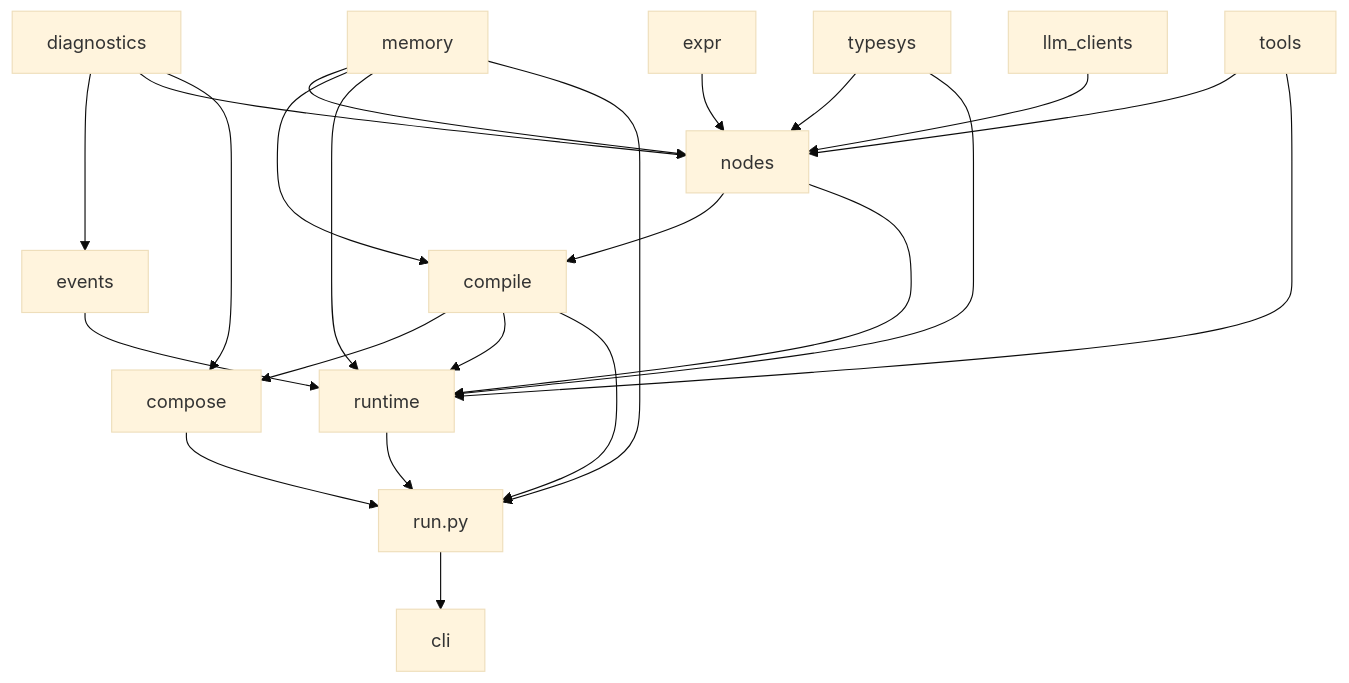
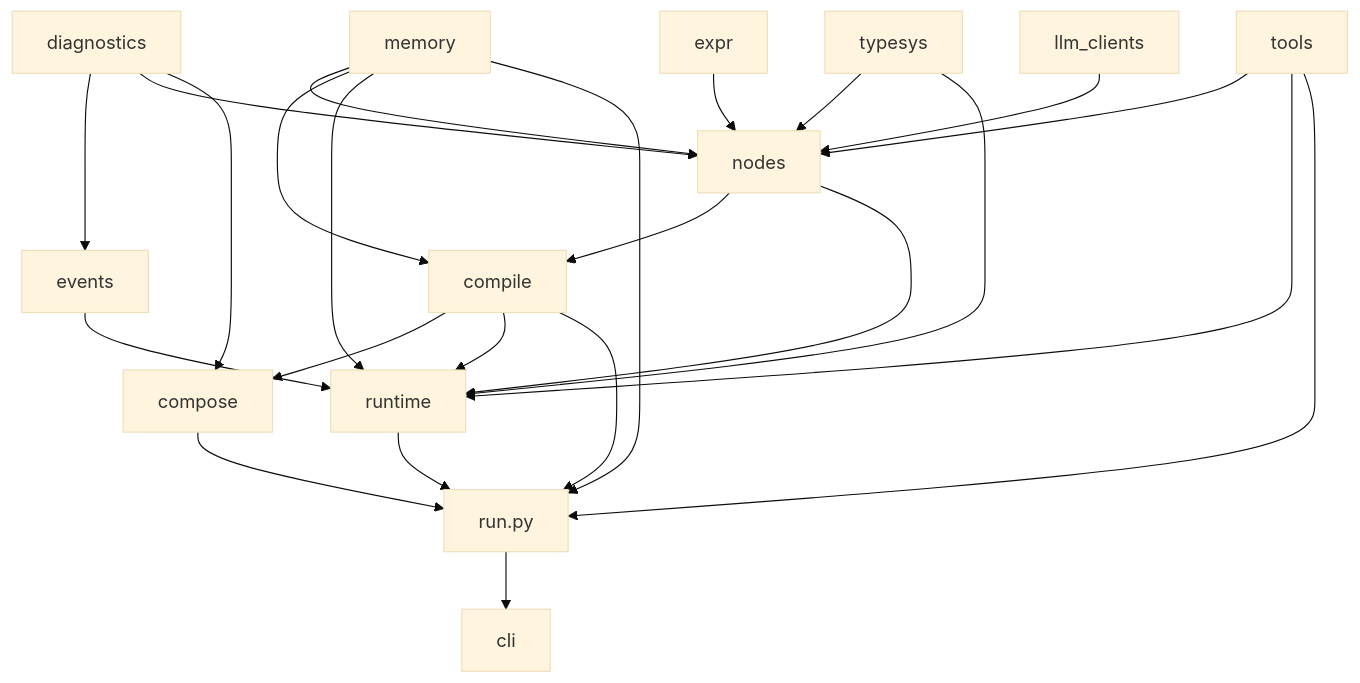
One commit to ngocbh/yian changed the second of 2 diagrams in docs/architecture.md. Above: the diagram before and after it, drawn with Mermaid (base theme). The commit also changed 4 other files, not shown here.

Commit message:
Accept per-run tools in run_flow and resume_flow

````diff
--- a/docs/architecture.md
+++ b/docs/architecture.md
@@ -218,42 +218,43 @@
 ```mermaid
 flowchart TB
     diagnostics["diagnostics"]
     typesys["typesys"]
     expr["expr"]
     memory["memory"]
     events["events"]
     llm["llm_clients"]
     tools["tools"]
     nodes["nodes"]
     compile["compile"]
     compose["compose"]
     runtime["runtime"]
     run["run.py"]
     cli["cli"]
 
     diagnostics --> events
     diagnostics --> nodes
     typesys --> nodes
     expr --> nodes
     memory --> nodes
     llm --> nodes
     tools --> nodes
 
     nodes --> compile
     memory --> compile
     compile --> compose
     diagnostics --> compose
 
     events --> runtime
     typesys --> runtime
     memory --> runtime
     nodes --> runtime
     compile --> runtime
     tools --> runtime
 
     compose --> run
     compile --> run
     memory --> run
     runtime --> run
+    tools --> run
     run --> cli
 ```
````
